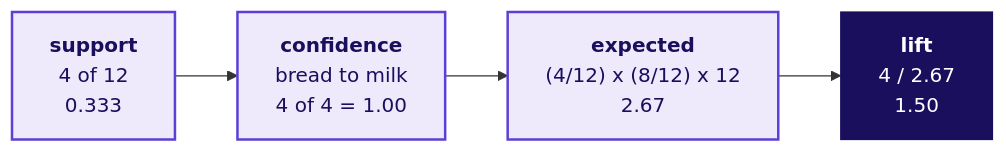
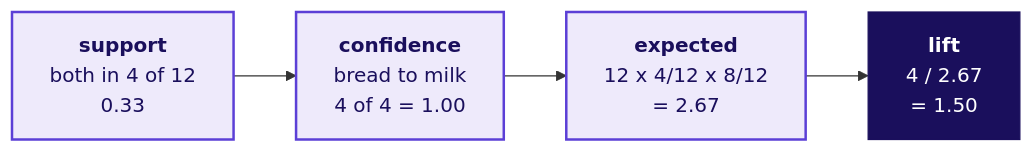
Before and after one commit to fde-academy-lab/c2-content-factory: the second of 4 diagrams in content/W04/D3/slides/C2_W04_D03_half1_STUDENT.md, drawn with Mermaid. The commit also changed other lines of this file and 37 other files, not shown here.

````diff
--- a/content/W04/D3/slides/C2_W04_D03_half1_STUDENT.md
+++ b/content/W04/D3/slides/C2_W04_D03_half1_STUDENT.md
@@ -187,10 +226,10 @@
 ```mermaid
 flowchart LR
-    A["<b>support</b><br/>4 of 12<br/>0.333"] --> B["<b>confidence</b><br/>bread to milk<br/>4 of 4 = 1.00"]
-    B --> C["<b>expected</b><br/>(4/12) x (8/12) x 12<br/>2.67"]
-    C --> D["<b>lift</b><br/>4 / 2.67<br/>1.50"]
+    A["<b>support</b><br/>both in 4 of 12<br/>0.33"] --> B["<b>confidence</b><br/>bread to milk<br/>4 of 4 = 1.00"]
+    B --> C["<b>expected</b><br/>12 x 4/12 x 8/12<br/>= 2.67"]
+    C --> D["<b>lift</b><br/>4 / 2.67<br/>= 1.50"]
     classDef lit fill:#1A0F5C,stroke:#1A0F5C,color:#FFFFFF
     classDef known fill:#EEEAFB,stroke:#5B3FD6,color:#1A0F5C,stroke-width:2px
     class A,B,C known
     class D lit
 ```
````
